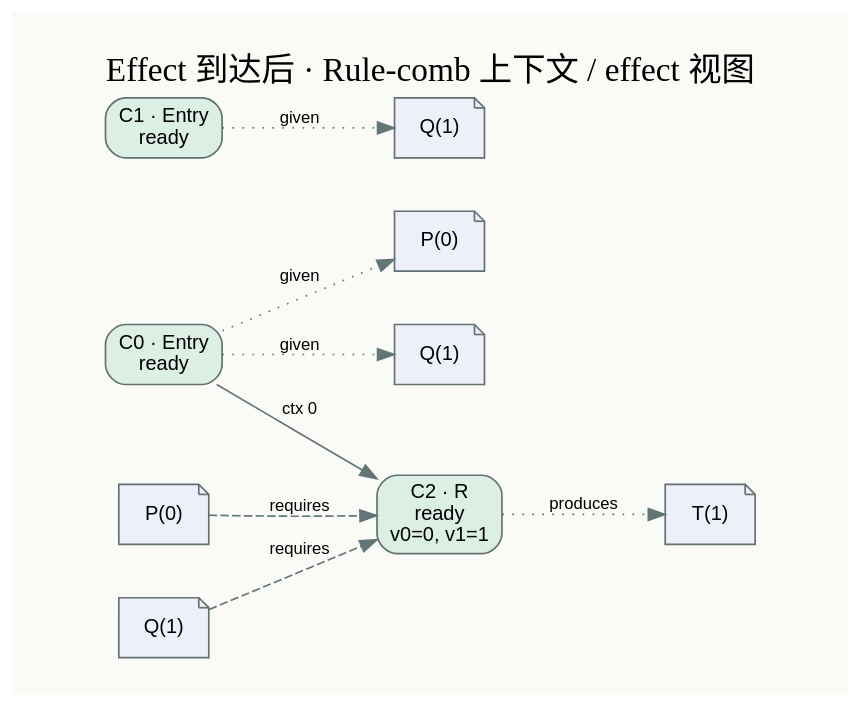
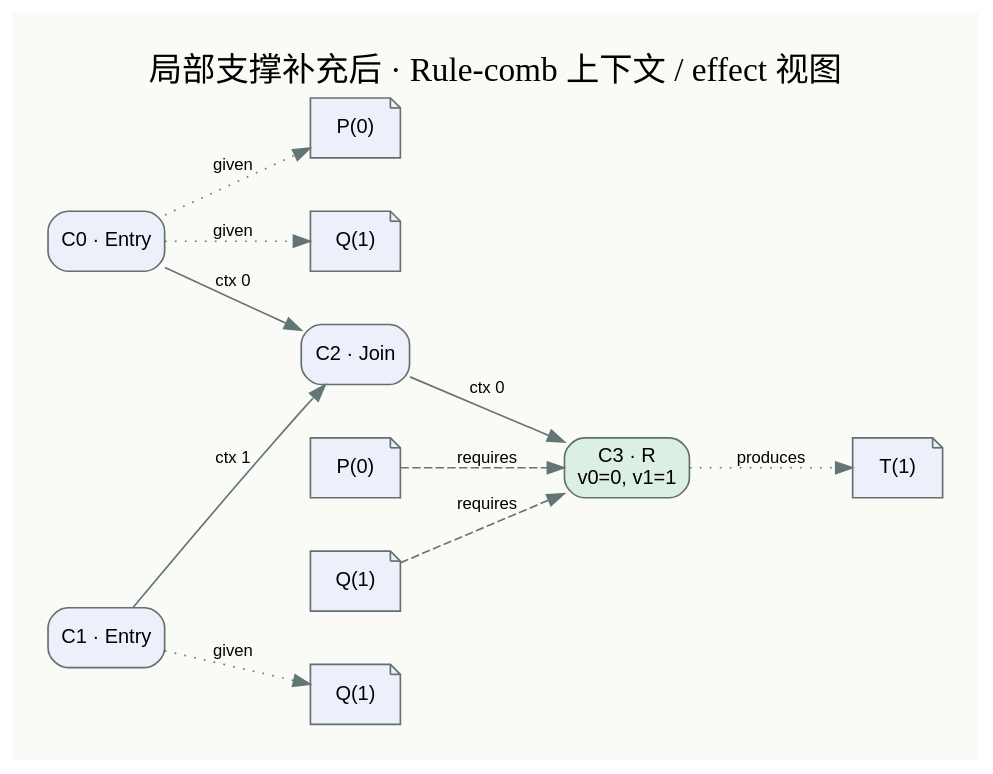
Before and after one commit to MilkBlock/fractal_egraph: the diagram in experiments/tier1_effects/after.dot, drawn with Graphviz. The commit also changed 32 other files, not shown here.

```diff
--- a/experiments/tier1_effects/after.dot
+++ b/experiments/tier1_effects/after.dot
@@ -1,22 +1,25 @@
 digraph G {
 graph [rankdir=LR,bgcolor="#fafaf7",pad=0.3,nodesep=0.45,ranksep=0.8];
 node [fontname="Arial",fontsize=12,shape=box,style="rounded,filled",color="#62706f"];
 edge [fontname="Arial",fontsize=10,color="#637577"];
-label="Effect 到达后 · Rule-comb 上下文 / effect 视图";labelloc=t;fontsize=20;
-c0 [label="C0 · Entry\nready",fillcolor="#dcefe5"];
+label="局部支撑补充后 · Rule-comb 上下文 / effect 视图";labelloc=t;fontsize=20;
+c0 [label="C0 · Entry",fillcolor="#edf0fa"];
 e0_given_0 [label="P(0)",shape=note,fillcolor="#edf0fa"];
 c0 -> e0_given_0 [style=dotted,label="given"];
 e0_given_1 [label="Q(1)",shape=note,fillcolor="#edf0fa"];
 c0 -> e0_given_1 [style=dotted,label="given"];
-c1 [label="C1 · Entry\nready",fillcolor="#dcefe5"];
+c1 [label="C1 · Entry",fillcolor="#edf0fa"];
 e1_given_0 [label="Q(1)",shape=note,fillcolor="#edf0fa"];
 c1 -> e1_given_0 [style=dotted,label="given"];
-c2 [label="C2 · R\nready\nv0=0, v1=1",fillcolor="#dcefe5"];
+c2 [label="C2 · Join",fillcolor="#edf0fa"];
 c0 -> c2 [label="ctx 0"];
-e2_requires_0 [label="P(0)",shape=note,fillcolor="#edf0fa"];
-e2_requires_0 -> c2 [style=dashed,label="requires"];
-e2_requires_1 [label="Q(1)",shape=note,fillcolor="#edf0fa"];
-e2_requires_1 -> c2 [style=dashed,label="requires"];
-e2_produces_0 [label="T(1)",shape=note,fillcolor="#edf0fa"];
-c2 -> e2_produces_0 [style=dotted,label="produces"];
+c1 -> c2 [label="ctx 1"];
+c3 [label="C3 · R\nv0=0, v1=1",fillcolor="#dcefe5"];
+c2 -> c3 [label="ctx 0"];
+e3_requires_0 [label="P(0)",shape=note,fillcolor="#edf0fa"];
+e3_requires_0 -> c3 [style=dashed,label="requires"];
+e3_requires_1 [label="Q(1)",shape=note,fillcolor="#edf0fa"];
+e3_requires_1 -> c3 [style=dashed,label="requires"];
+e3_produces_0 [label="T(1)",shape=note,fillcolor="#edf0fa"];
+c3 -> e3_produces_0 [style=dotted,label="produces"];
 }
```
